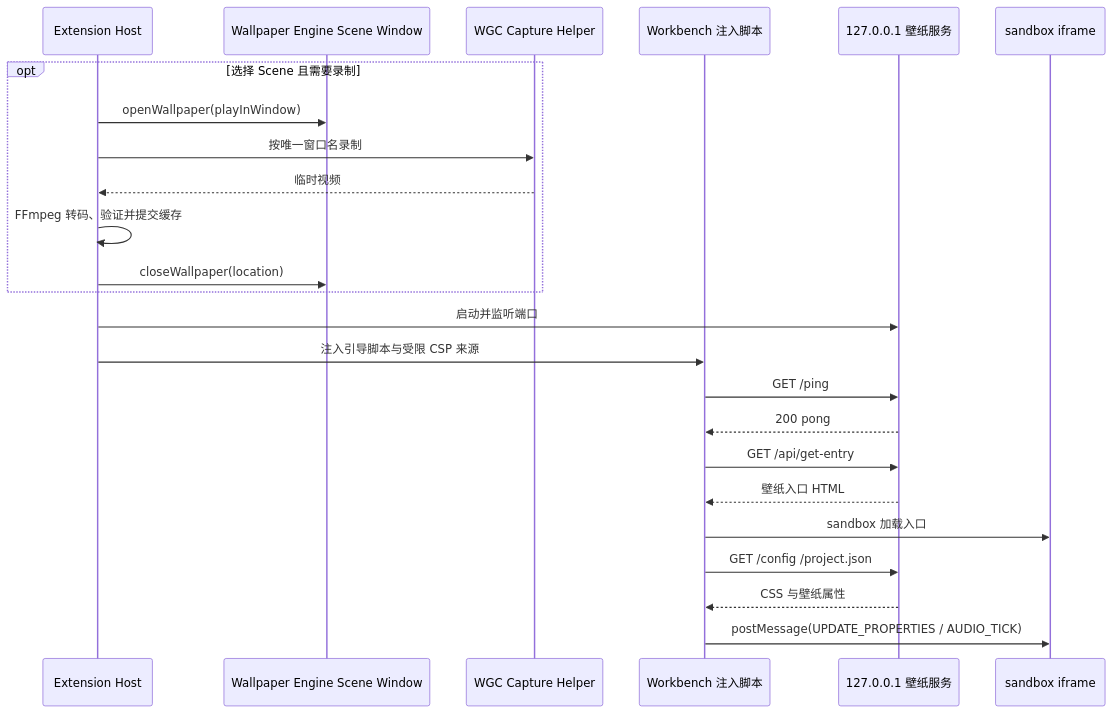
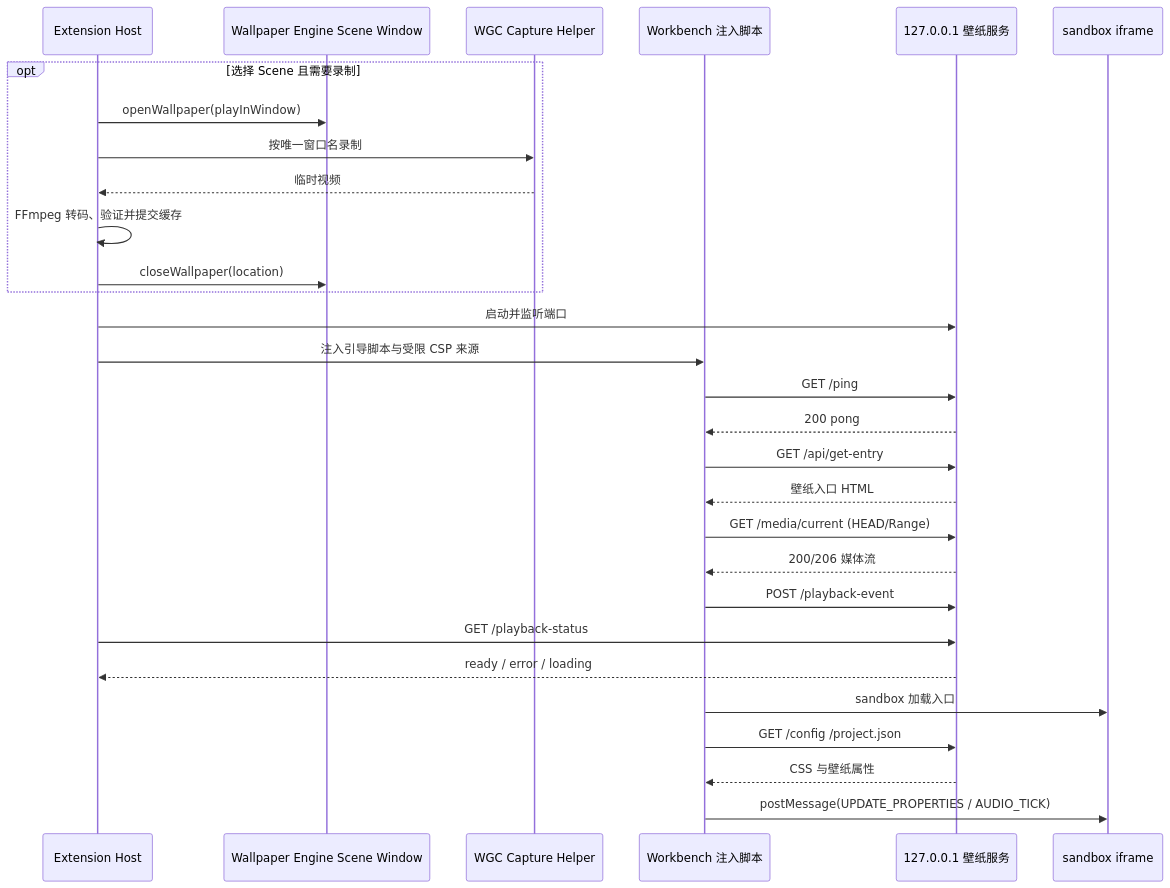
The diagram in docs/COMMUNICATION.md (Epslion404/vscode-wallpaper-engine), drawn with Mermaid before and after one commit. The commit also changed other lines of this file and 2 other files, not shown here.

Commit message:
docs: document playback readiness pipeline

````diff
--- a/docs/COMMUNICATION.md
+++ b/docs/COMMUNICATION.md
@@ -89,27 +94,32 @@
 ```mermaid
 sequenceDiagram
     participant Ext as Extension Host
     participant WE as Wallpaper Engine Scene Window
     participant Cap as WGC Capture Helper
     participant WB as Workbench 注入脚本
     participant S as 127.0.0.1 壁纸服务
     participant IF as sandbox iframe
 
     opt 选择 Scene 且需要录制
         Ext->>WE: openWallpaper(playInWindow)
         Ext->>Cap: 按唯一窗口名录制
         Cap-->>Ext: 临时视频
         Ext->>Ext: FFmpeg 转码、验证并提交缓存
         Ext->>WE: closeWallpaper(location)
     end
     Ext->>S: 启动并监听端口
     Ext->>WB: 注入引导脚本与受限 CSP 来源
     WB->>S: GET /ping
     S-->>WB: 200 pong
     WB->>S: GET /api/get-entry
     S-->>WB: 壁纸入口 HTML
+    WB->>S: GET /media/current (HEAD/Range)
+    S-->>WB: 200/206 媒体流
+    WB->>S: POST /playback-event
+    Ext->>S: GET /playback-status
+    S-->>Ext: ready / error / loading
     WB->>IF: sandbox 加载入口
     WB->>S: GET /config /project.json
     S-->>WB: CSS 与壁纸属性
     WB->>IF: postMessage(UPDATE_PROPERTIES / AUDIO_TICK)
 ```
````
